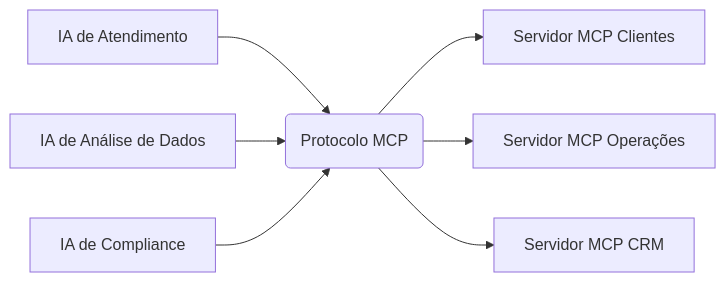
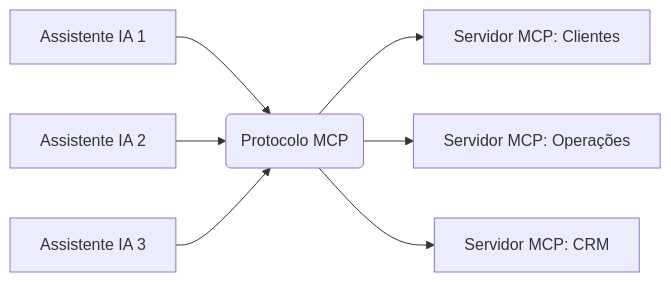
The third of 10 diagrams in AI/Communication/MCP/00-mcp-presentation-zero to hero.md (felipepimentel/my-public-notes), drawn with Mermaid before and after one commit. The commit also changed other lines of this file and 1 other file, not shown here.

````diff
--- a/AI/Communication/MCP/00-mcp-presentation-zero to hero.md
+++ b/AI/Communication/MCP/00-mcp-presentation-zero to hero.md
@@ -59,9 +59,9 @@
 ```mermaid
 graph LR
-    A1[IA de Atendimento] --> C1(Protocolo MCP)
-    A2[IA de Análise de Dados] --> C1(Protocolo MCP)
-    A3[IA de Compliance] --> C1(Protocolo MCP)
-    C1 --> S1[Servidor MCP Clientes]
-    C1 --> S2[Servidor MCP Operações]
-    C1 --> S3[Servidor MCP CRM]
+    A1[Assistente IA 1] --> C1(Protocolo MCP)
+    A2[Assistente IA 2] --> C1(Protocolo MCP)
+    A3[Assistente IA 3] --> C1(Protocolo MCP)
+    C1 --> S1[Servidor MCP: Clientes]
+    C1 --> S2[Servidor MCP: Operações]
+    C1 --> S3[Servidor MCP: CRM]
 ```
````
